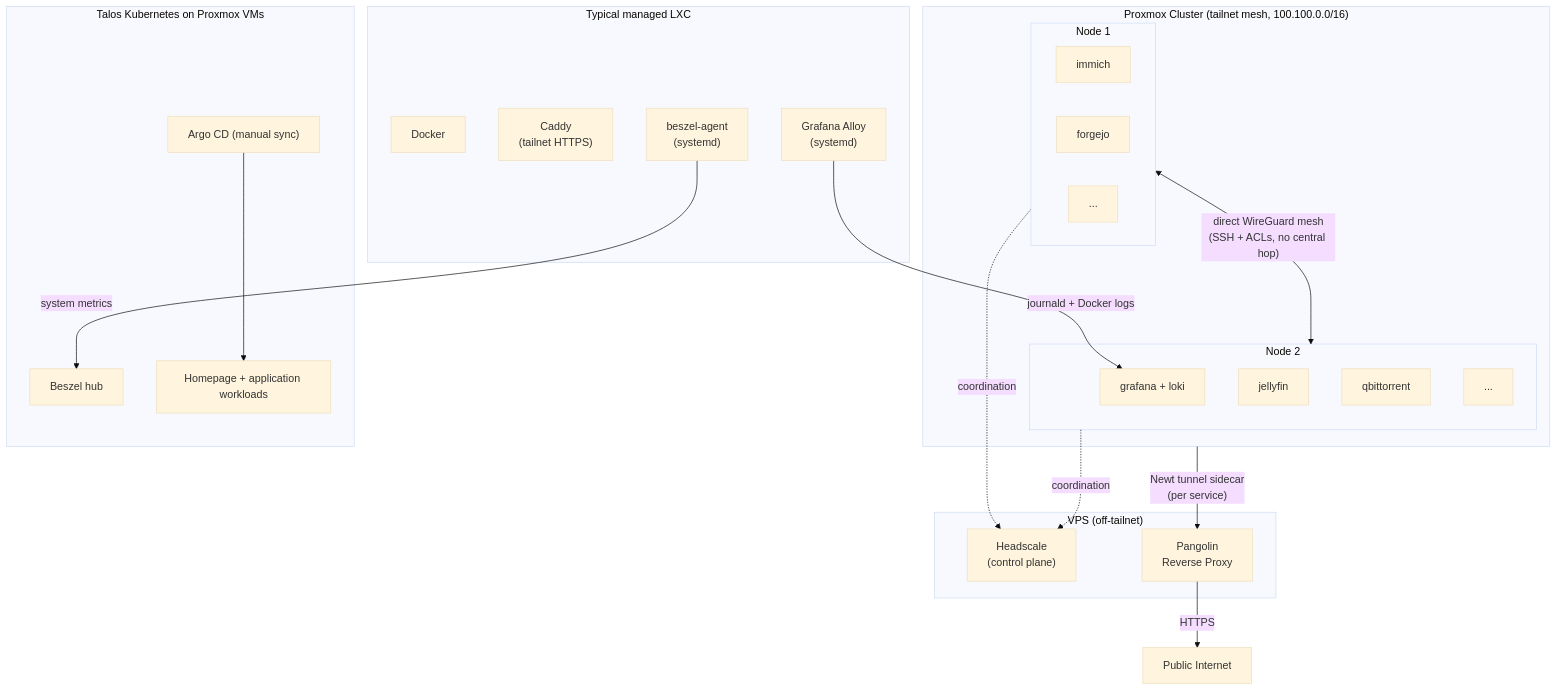
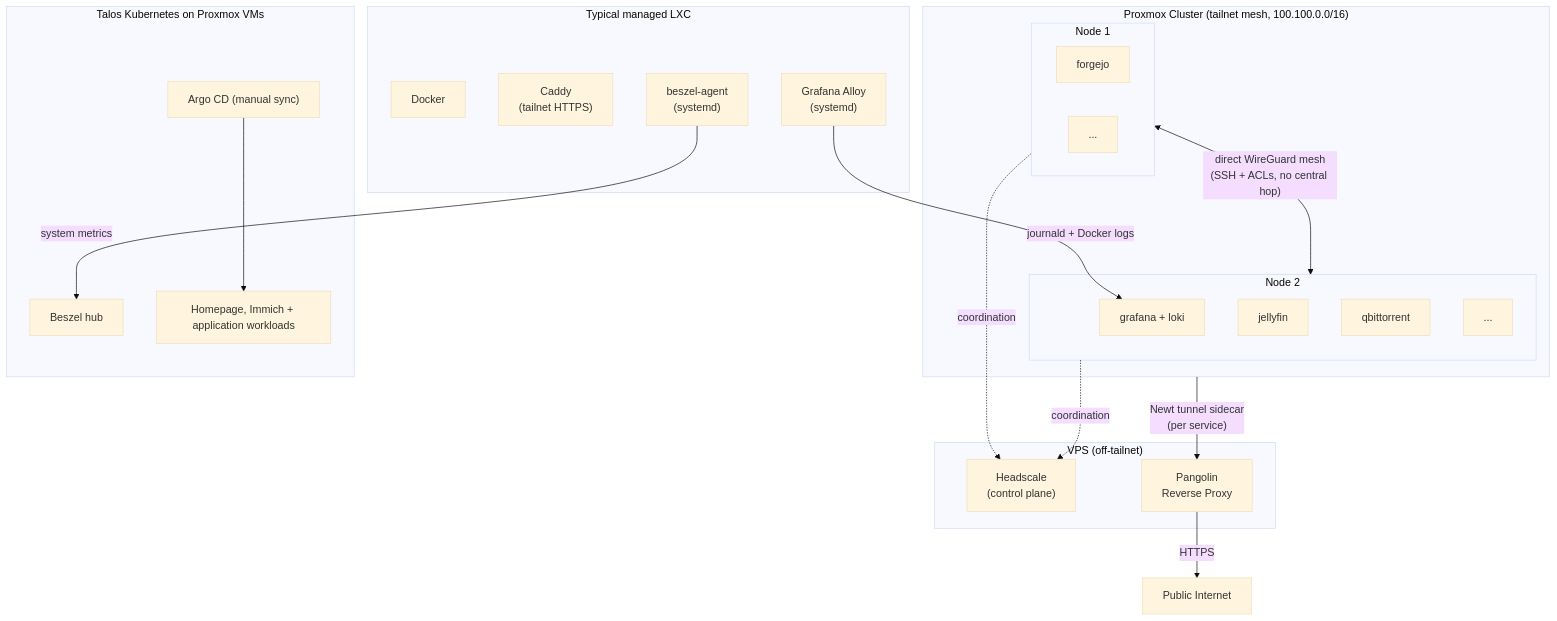
The diagram in README.md (davegallant/homelab), drawn with Mermaid (base theme) before and after one commit. The commit also changed other lines of this file and 8 other files, not shown here.

````diff
--- a/README.md
+++ b/README.md
@@ -21,44 +21,43 @@
 ```mermaid
 graph TD
     subgraph VPS["VPS (off-tailnet)"]
         headscale["Headscale\n(control plane)"]
         pangolin["Pangolin\nReverse Proxy"]
     end
 
     subgraph Proxmox["Proxmox Cluster (tailnet mesh, 100.100.0.0/16)"]
         subgraph N1["Node 1"]
-            immich["immich"]
             forgejo["forgejo"]
             n1etc["..."]
         end
         subgraph N2["Node 2"]
             grafana["grafana + loki"]
             jellyfin["jellyfin"]
             qbittorrent["qbittorrent"]
             n2etc["..."]
         end
         N1 <-->|"direct WireGuard mesh\n(SSH + ACLs, no central hop)"| N2
     end
 
     subgraph Talos["Talos Kubernetes on Proxmox VMs"]
         beszel["Beszel hub"]
-        apps["Homepage + application workloads"]
+        apps["Homepage, Immich + application workloads"]
         argocd["Argo CD (manual sync)"]
         argocd --> apps
     end
 
     N1 -.->|"coordination"| headscale
     N2 -.->|"coordination"| headscale
     Proxmox -->|"Newt tunnel sidecar\n(per service)"| pangolin
     pangolin -->|"HTTPS"| internet["Public Internet"]
 
     subgraph PerHost["Typical managed LXC"]
         docker["Docker"]
         caddy["Caddy\n(tailnet HTTPS)"]
         alloy["Grafana Alloy\n(systemd)"]
         beszelagent["beszel-agent\n(systemd)"]
     end
 
     alloy -->|"journald + Docker logs"| grafana
     beszelagent -->|"system metrics"| beszel
 ```
````
